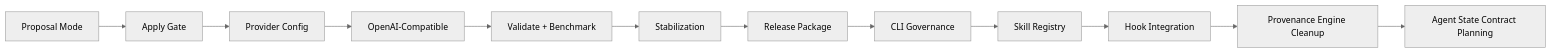
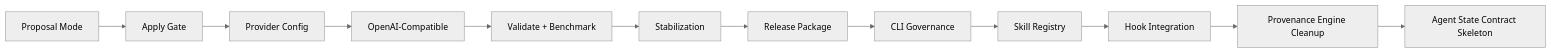
One commit to ProfRandom92/comptext-cli changed the second of 2 diagrams in README.md. Above: the diagram before and after it, drawn with Mermaid (neutral theme). The commit also changed other lines of this file and 8 other files, not shown here.

Commit message:
Add Phase 16 agent state contract skeleton

````diff
--- a/README.md
+++ b/README.md
@@ -153,14 +154,14 @@
 ```mermaid
 flowchart LR
     P5[Proposal Mode] --> P6[Apply Gate]
     P6 --> P7[Provider Config]
     P7 --> P8[OpenAI-Compatible]
     P8 --> P9[Validate + Benchmark]
     P9 --> P10[Stabilization]
     P10 --> P11[Release Package]
     P11 --> P12[CLI Governance]
     P12 --> P13[Skill Registry]
     P13 --> P14[Hook Integration]
     P14 --> P15[Provenance Engine Cleanup]
-    P15 --> P16[Agent State Contract Planning]
+    P15 --> P16[Agent State Contract Skeleton]
 ```
````
